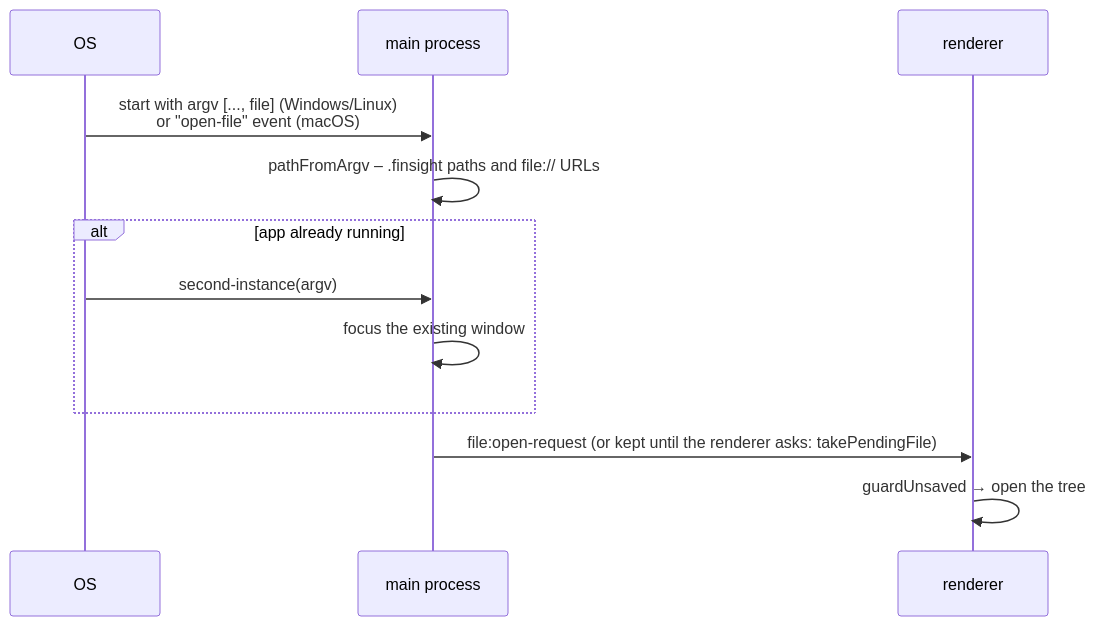
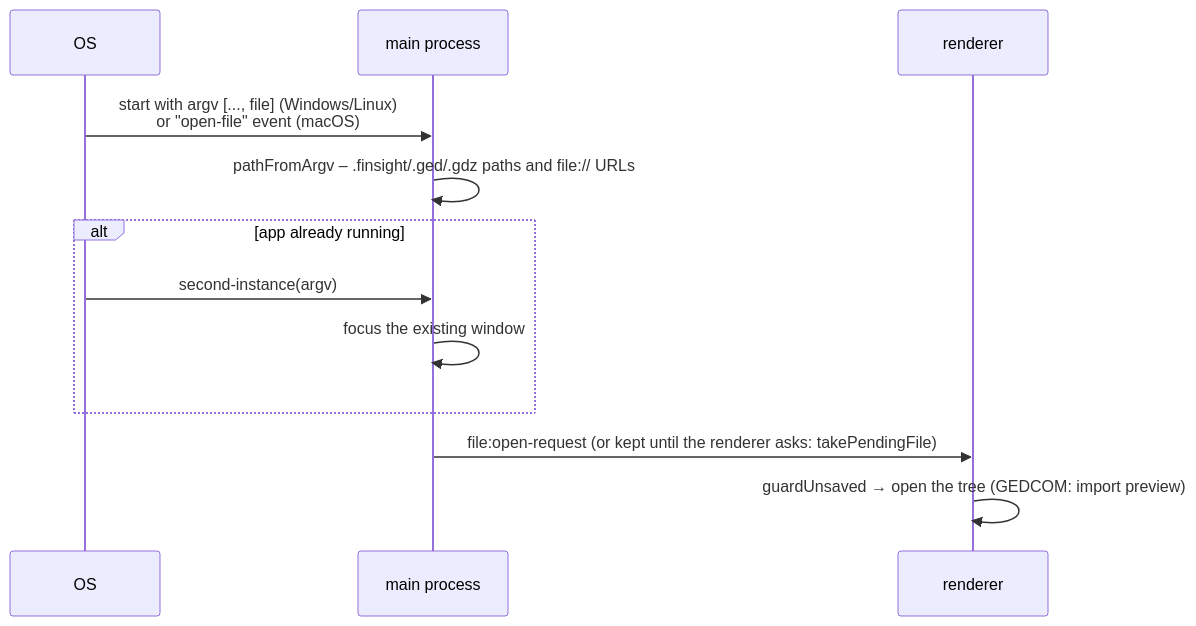
The diagram in docs/developer/packaging.md (K-u-r-c/family-insight), drawn with Mermaid before and after one commit. The commit also changed other lines of this file and 4 other files, not shown here.

````diff
--- a/docs/developer/packaging.md
+++ b/docs/developer/packaging.md
@@ -40,14 +42,14 @@
 ```mermaid
 sequenceDiagram
   participant OS
   participant Main as main process
   participant R as renderer
   OS->>Main: start with argv [..., file] (Windows/Linux)<br/>or "open-file" event (macOS)
-  Main->>Main: pathFromArgv – .finsight paths and file:// URLs
+  Main->>Main: pathFromArgv – .finsight/.ged/.gdz paths and file:// URLs
   alt app already running
     OS->>Main: second-instance(argv)
     Main->>Main: focus the existing window
   end
   Main->>R: file:open-request (or kept until the renderer asks: takePendingFile)
-  R->>R: guardUnsaved → open the tree
+  R->>R: guardUnsaved → open the tree (GEDCOM: import preview)
 ```
````
